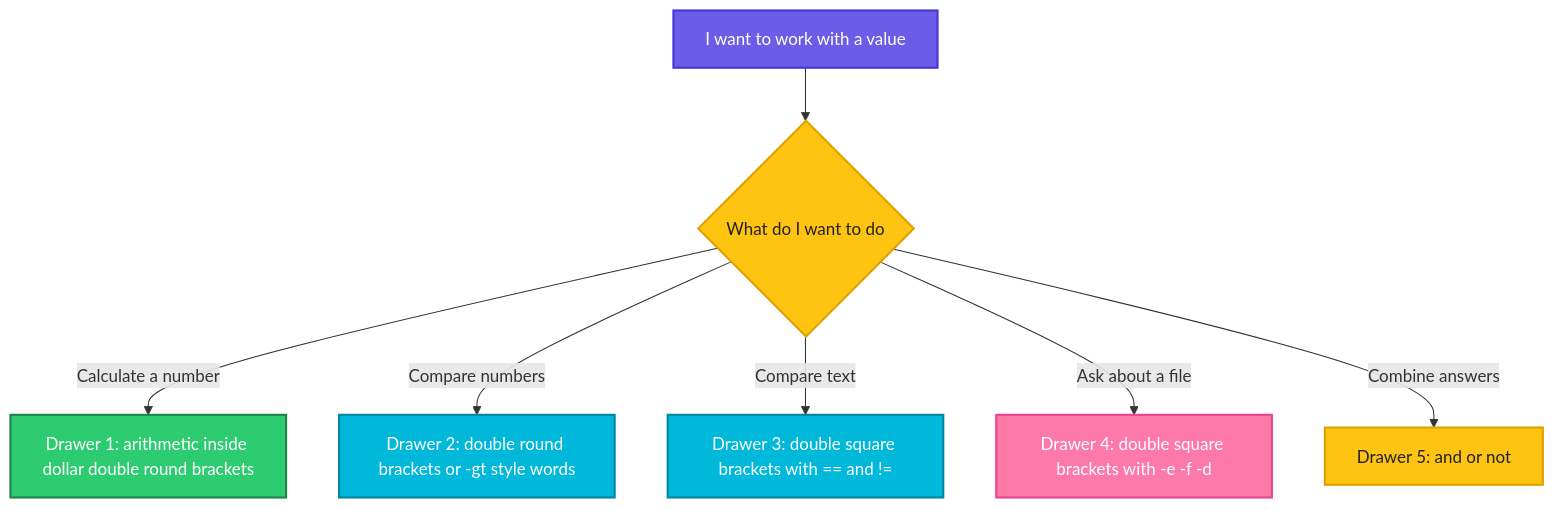
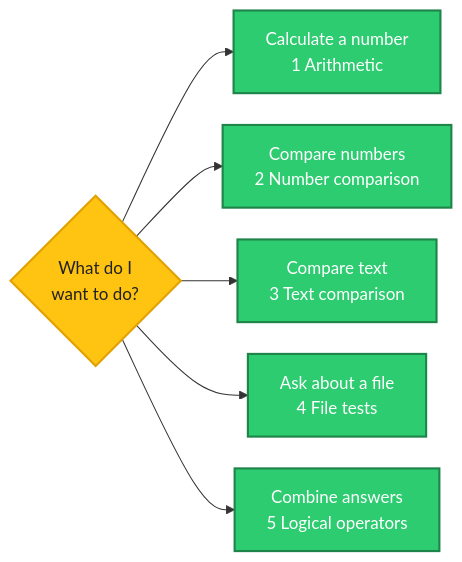
Before and after one commit to codeKerdosTech/DevOps-Documentation: the diagram in shell-script/05-operators.md, drawn with Mermaid. The commit also changed other lines of this file and 10 other files, not shown here.

````diff
--- a/shell-script/05-operators.md
+++ b/shell-script/05-operators.md
@@ -51,20 +53,17 @@
 ```mermaid
-flowchart TD
-    A["I want to work with a value"] --> B{"What do I want to do"}
-    B -- Calculate a number --> C["Drawer 1: arithmetic inside dollar double round brackets"]
-    B -- Compare numbers --> D["Drawer 2: double round brackets or -gt style words"]
-    B -- Compare text --> E["Drawer 3: double square brackets with == and !="]
-    B -- Ask about a file --> F["Drawer 4: double square brackets with -e -f -d"]
-    B -- Combine answers --> G["Drawer 5: and or not"]
+%%{init: {"flowchart": {"nodeSpacing": 30, "rankSpacing": 40}}}%%
+flowchart LR
+    Q{"What do I<br/>want to do?"}
+    Q --> A["Calculate a number<br/>1 Arithmetic"]
+    Q --> B["Compare numbers<br/>2 Number comparison"]
+    Q --> C["Compare text<br/>3 Text comparison"]
+    Q --> D["Ask about a file<br/>4 File tests"]
+    Q --> E["Combine answers<br/>5 Logical operators"]
     classDef start fill:#6C5CE7,stroke:#4834D4,stroke-width:2px,color:#fff
+    classDef proc fill:#00B8D9,stroke:#0087A8,stroke-width:2px,color:#fff
     classDef dec fill:#FFC312,stroke:#E1A100,stroke-width:2px,color:#222
     classDef ok fill:#2ECC71,stroke:#1E8449,stroke-width:2px,color:#fff
-    classDef proc fill:#00B8D9,stroke:#0087A8,stroke-width:2px,color:#fff
     classDef out fill:#FD79A8,stroke:#E84393,stroke-width:2px,color:#fff
-    class A start
-    class B dec
-    class C ok
-    class D,E proc
-    class F out
-    class G dec
+    class Q dec
+    class A,B,C,D,E ok
 ```
````
